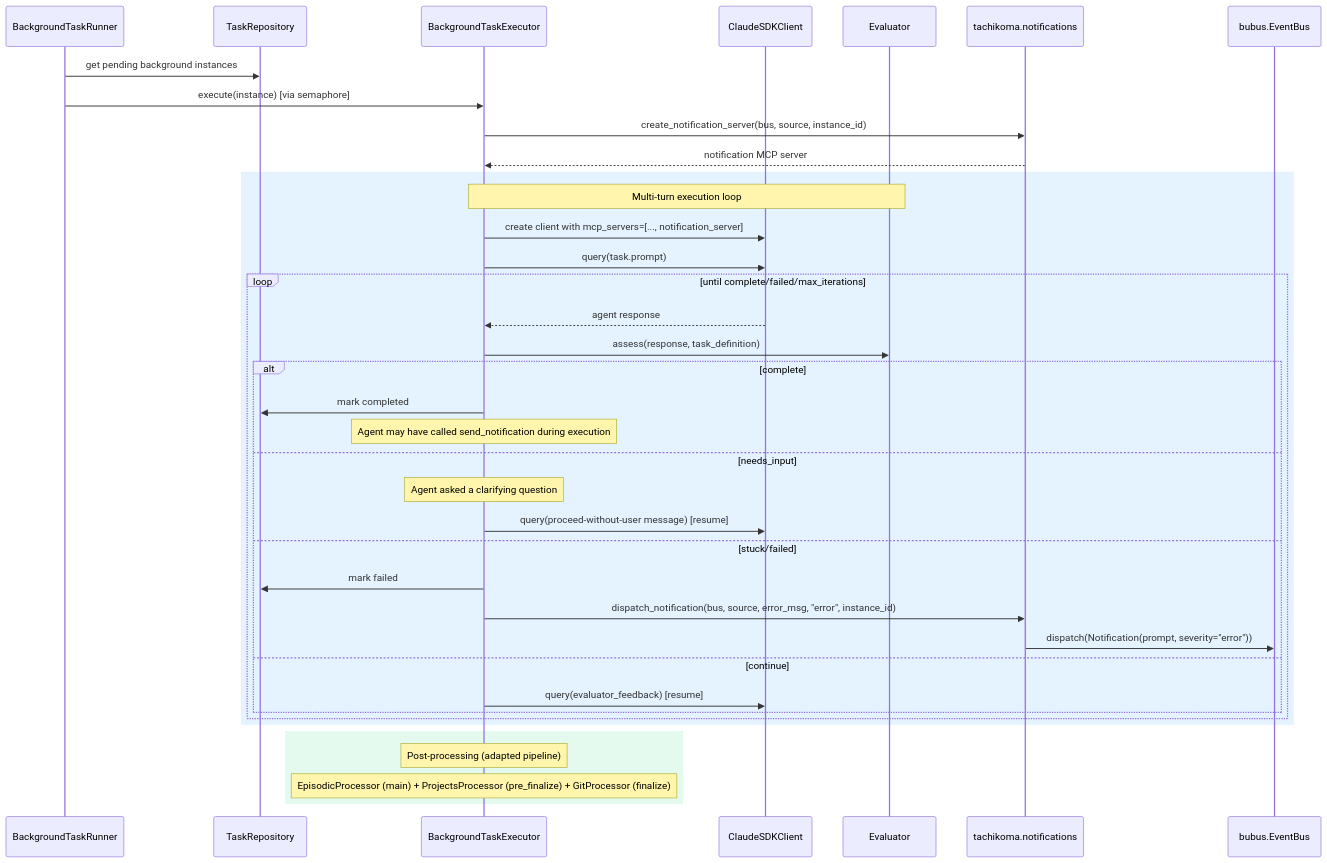
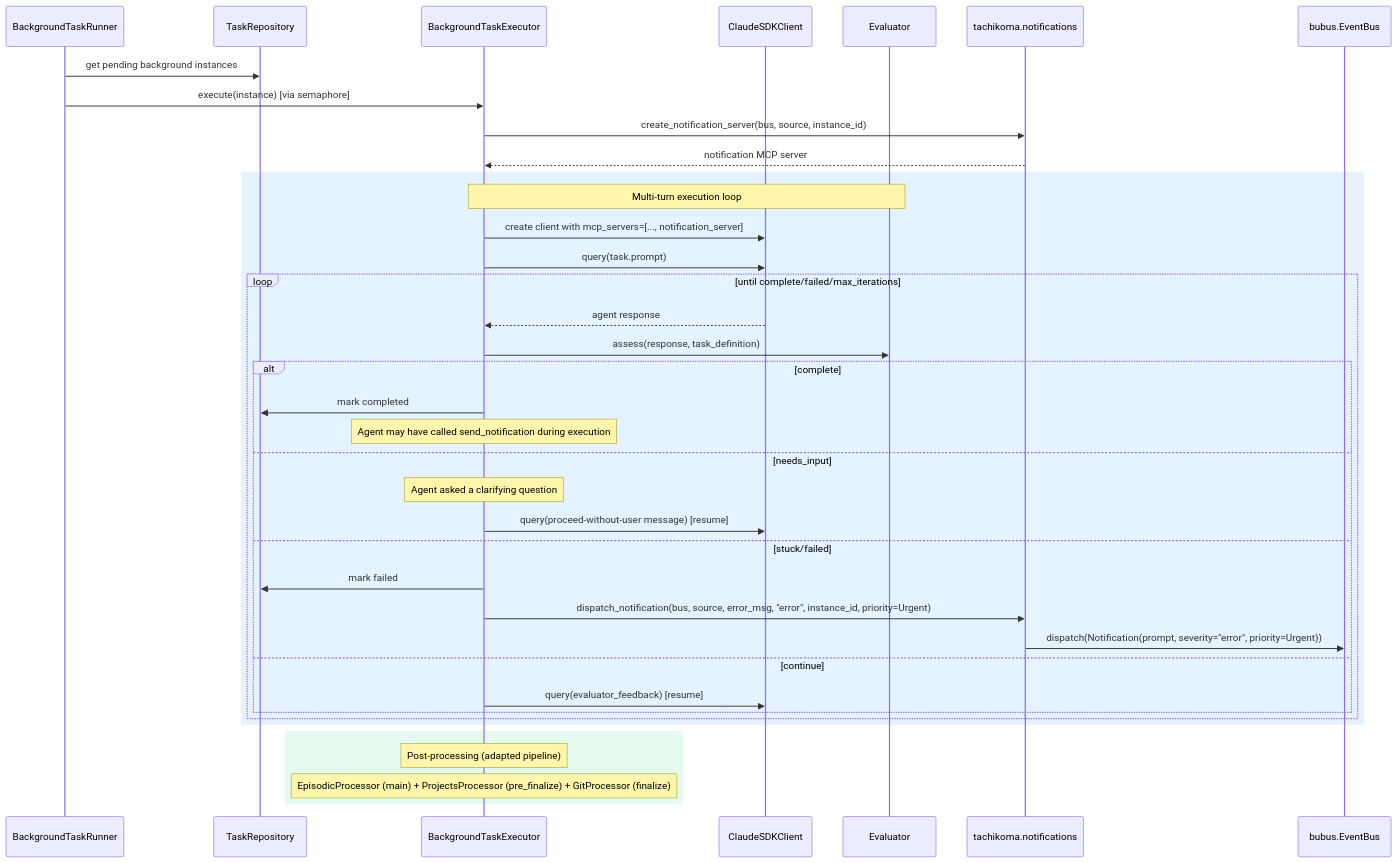
Before and after one commit to asermax/tachikoma: the first of 2 diagrams in docs/feature-designs/tasks/background-task-execution.md, drawn with Mermaid. The commit also changed other lines of this file and 20 other files, not shown here.

````diff
--- a/docs/feature-designs/tasks/background-task-execution.md
+++ b/docs/feature-designs/tasks/background-task-execution.md
@@ -63,43 +64,43 @@
 ```mermaid
 sequenceDiagram
     participant Runner as BackgroundTaskRunner
     participant Repo as TaskRepository
     participant Exec as BackgroundTaskExecutor
     participant SDK as ClaudeSDKClient
     participant Eval as Evaluator
     participant Notif as tachikoma.notifications
     participant Bus as bubus.EventBus
 
     Runner->>Repo: get pending background instances
     Runner->>Exec: execute(instance) [via semaphore]
     Exec->>Notif: create_notification_server(bus, source, instance_id)
     Notif-->>Exec: notification MCP server
 
     rect rgba(0, 128, 255, 0.1)
         Note over Exec,Eval: Multi-turn execution loop
         Exec->>SDK: create client with mcp_servers=[..., notification_server]
         Exec->>SDK: query(task.prompt)
         loop until complete/failed/max_iterations
             SDK-->>Exec: agent response
             Exec->>Eval: assess(response, task_definition)
             alt complete
                 Exec->>Repo: mark completed
                 Note over Exec: Agent may have called send_notification during execution
             else needs_input
                 Note over Exec: Agent asked a clarifying question
                 Exec->>SDK: query(proceed-without-user message) [resume]
             else stuck/failed
                 Exec->>Repo: mark failed
-                Exec->>Notif: dispatch_notification(bus, source, error_msg, "error", instance_id)
-                Notif->>Bus: dispatch(Notification(prompt, severity="error"))
+                Exec->>Notif: dispatch_notification(bus, source, error_msg, "error", instance_id, priority=Urgent)
+                Notif->>Bus: dispatch(Notification(prompt, severity="error", priority=Urgent))
             else continue
                 Exec->>SDK: query(evaluator_feedback) [resume]
             end
         end
     end
 
     rect rgba(0, 200, 100, 0.1)
         Note over Exec: Post-processing (adapted pipeline)
         Note over Exec: EpisodicProcessor (main) + ProjectsProcessor (pre_finalize) + GitProcessor (finalize)
     end
 ```
````
